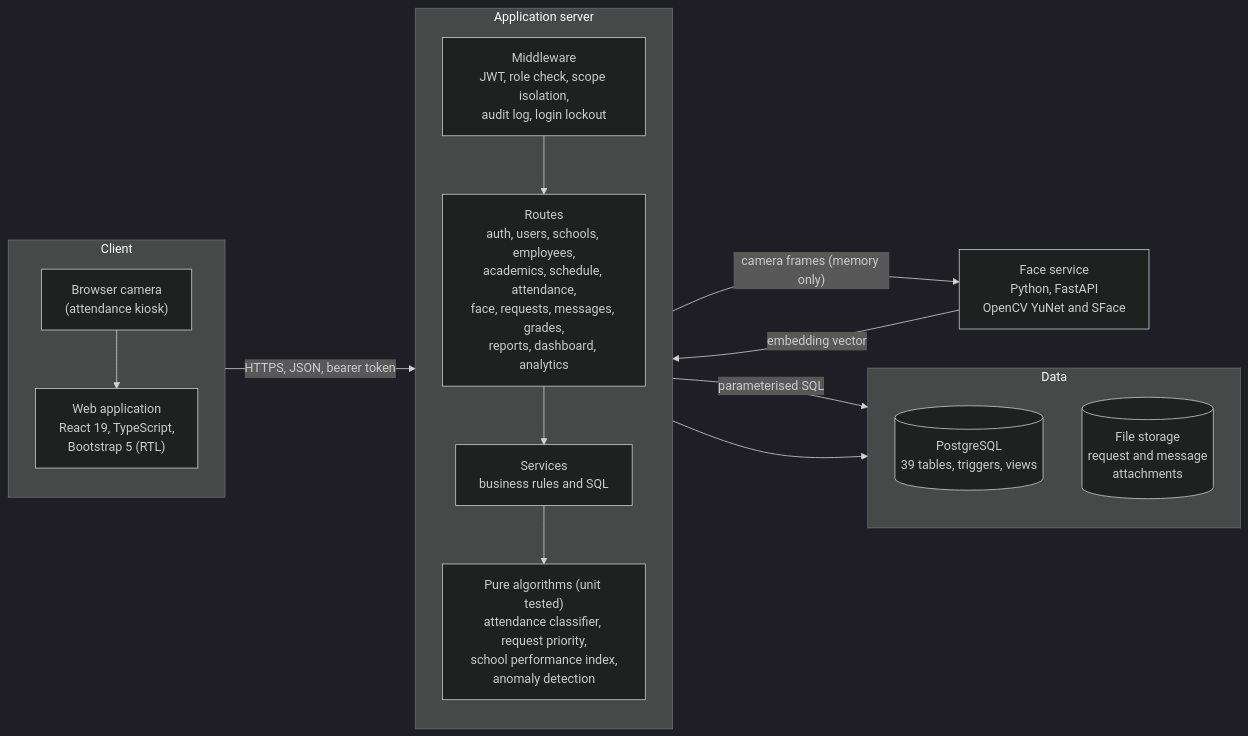
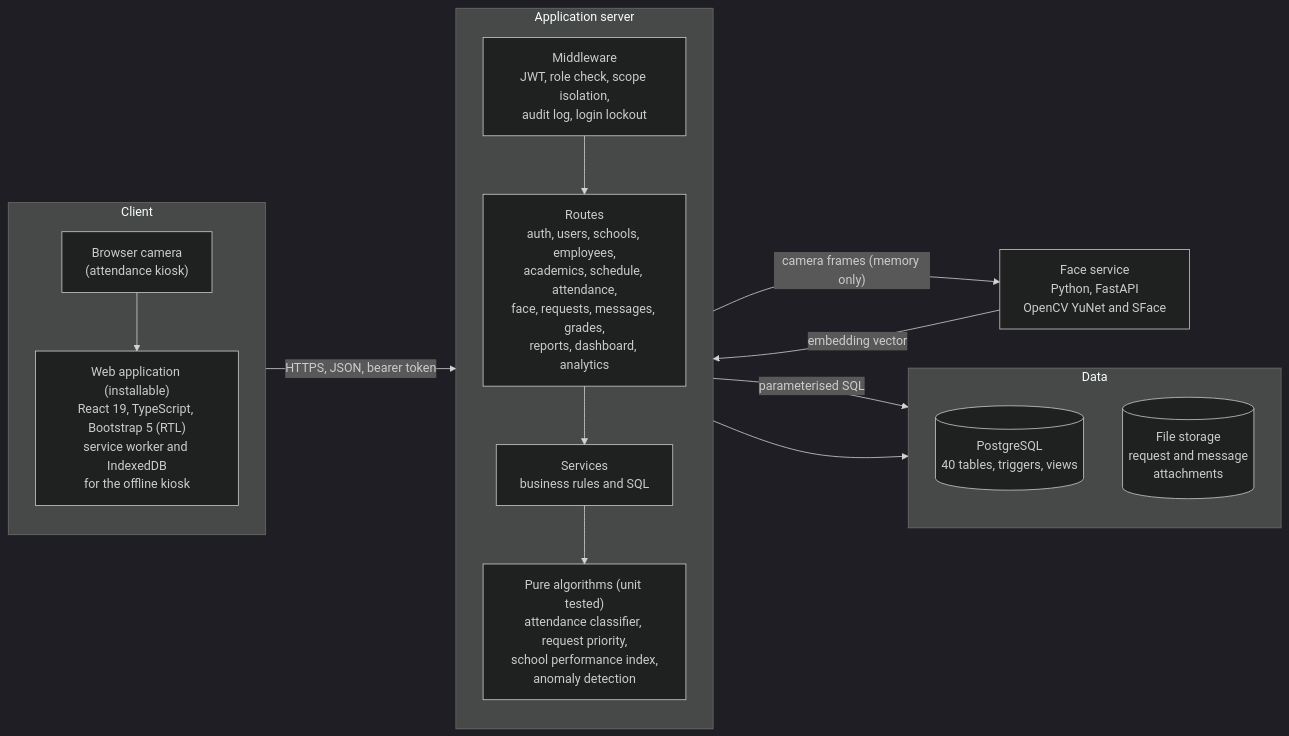
Before and after one commit to maroonnnn/school-management-system: the diagram in docs/diagrams/src/fig_architecture.mmd, drawn with Mermaid (dark theme). The commit also changed 64 other files, not shown here.

Commit message:
Add offline attendance kiosk (PWA, encrypted queue, sync, review) and two-step liveness; update report and docs

```diff
--- a/docs/diagrams/src/fig_architecture.mmd
+++ b/docs/diagrams/src/fig_architecture.mmd
@@ -1,26 +1,26 @@
 flowchart LR
   subgraph CLIENT["Client"]
     direction TB
-    SPA["Web application<br/>React 19, TypeScript,<br/>Bootstrap 5 (RTL)"]
+    SPA["Web application (installable)<br/>React 19, TypeScript, Bootstrap 5 (RTL)<br/>service worker and IndexedDB<br/>for the offline kiosk"]
     CAM["Browser camera<br/>(attendance kiosk)"]
     CAM --> SPA
   end
   subgraph APP["Application server"]
     direction TB
     MW["Middleware<br/>JWT, role check, scope isolation,<br/>audit log, login lockout"]
     RT["Routes<br/>auth, users, schools, employees,<br/>academics, schedule, attendance,<br/>face, requests, messages, grades,<br/>reports, dashboard, analytics"]
     SV["Services<br/>business rules and SQL"]
     AL["Pure algorithms (unit tested)<br/>attendance classifier, request priority,<br/>school performance index,<br/>anomaly detection"]
     MW --> RT --> SV --> AL
   end
   subgraph STORE["Data"]
     direction TB
-    DB[("PostgreSQL<br/>39 tables, triggers, views")]
+    DB[("PostgreSQL<br/>40 tables, triggers, views")]
     FS[("File storage<br/>request and message<br/>attachments")]
   end
   FACE["Face service<br/>Python, FastAPI<br/>OpenCV YuNet and SFace"]
   CLIENT -->|"HTTPS, JSON, bearer token"| APP
   APP -->|"parameterised SQL"| DB
   APP --> FS
   APP -->|"camera frames (memory only)"| FACE
   FACE -->|"embedding vector"| APP
```
